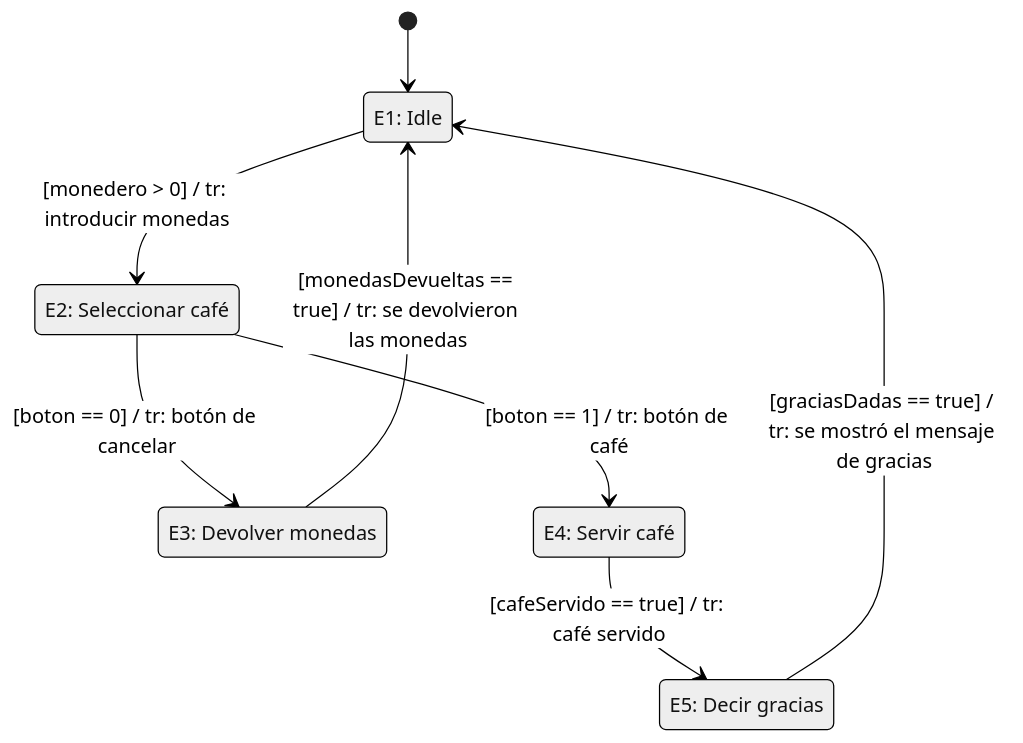
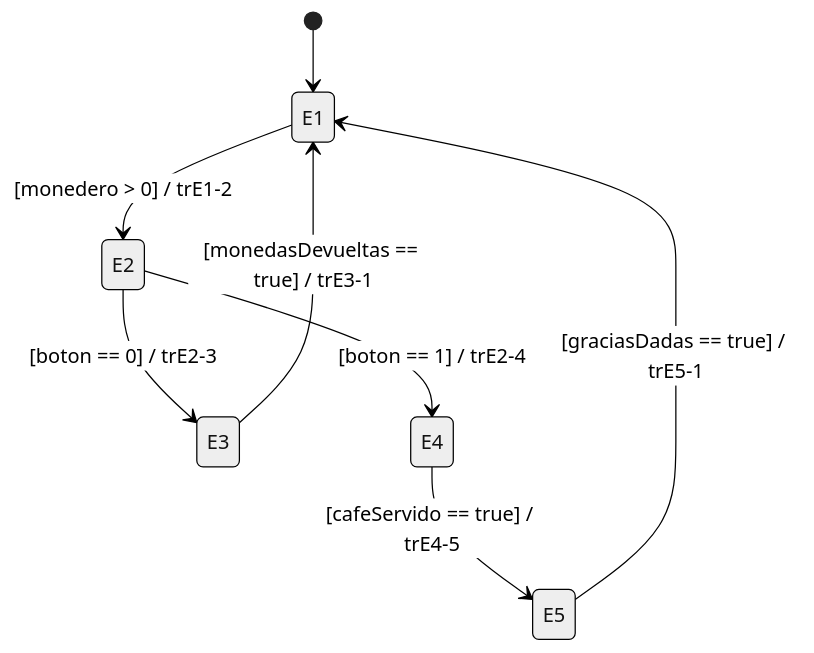
One commit to arseoane/PMDM_Gestor_Estado changed the diagram in README.md. Above: the diagram before and after it, drawn with Mermaid (neutral theme). The commit also changed other lines of this file, not shown here.

````diff
--- a/README.md
+++ b/README.md
@@ -3,17 +3,12 @@
 ```mermaid
 stateDiagram-v2
     [*] --> E1
 
-    E1 : E1: Idle
-    E2 : E2: Seleccionar café
-    E3 : E3: Devolver monedas
-    E4 : E4: Servir café
-    E5 : E5: Decir gracias
+    E1 --> E2 : [monedero > 0] / trE1-2
+    E2 --> E3 : [boton == 0] / trE2-3
+    E2 --> E4 : [boton == 1] / trE2-4
+    E3 --> E1 : [monedasDevueltas == true] / trE3-1
+    E4 --> E5 : [cafeServido == true] / trE4-5
+    E5 --> E1 : [graciasDadas == true] / trE5-1
 
-    E1 --> E2 : [monedero > 0] / tr: introducir monedas
-    E2 --> E3 : [boton == 0] / tr: botón de cancelar
-    E2 --> E4 : [boton == 1] / tr: botón de café
-    E3 --> E1 : [monedasDevueltas == true] / tr: se devolvieron las monedas
-    E4 --> E5 : [cafeServido == true] / tr: café servido
-    E5 --> E1 : [graciasDadas == true] / tr: se mostró el mensaje de gracias
 ```
````
